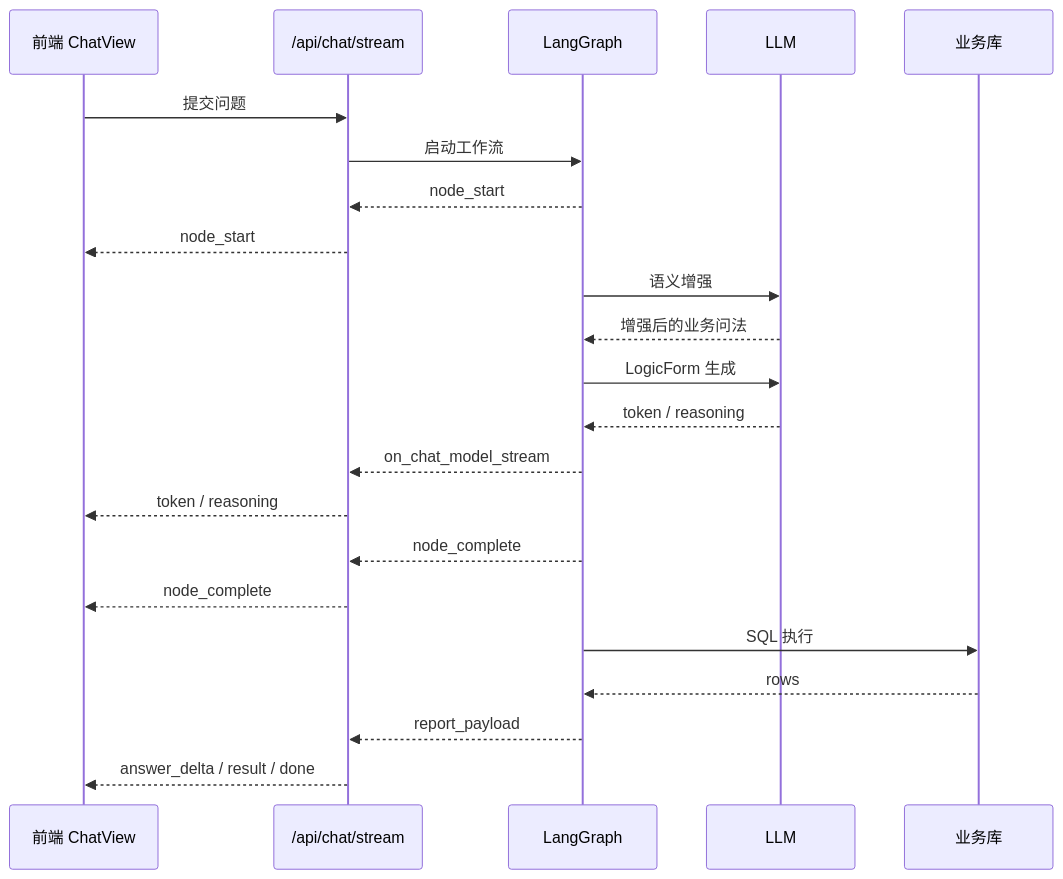
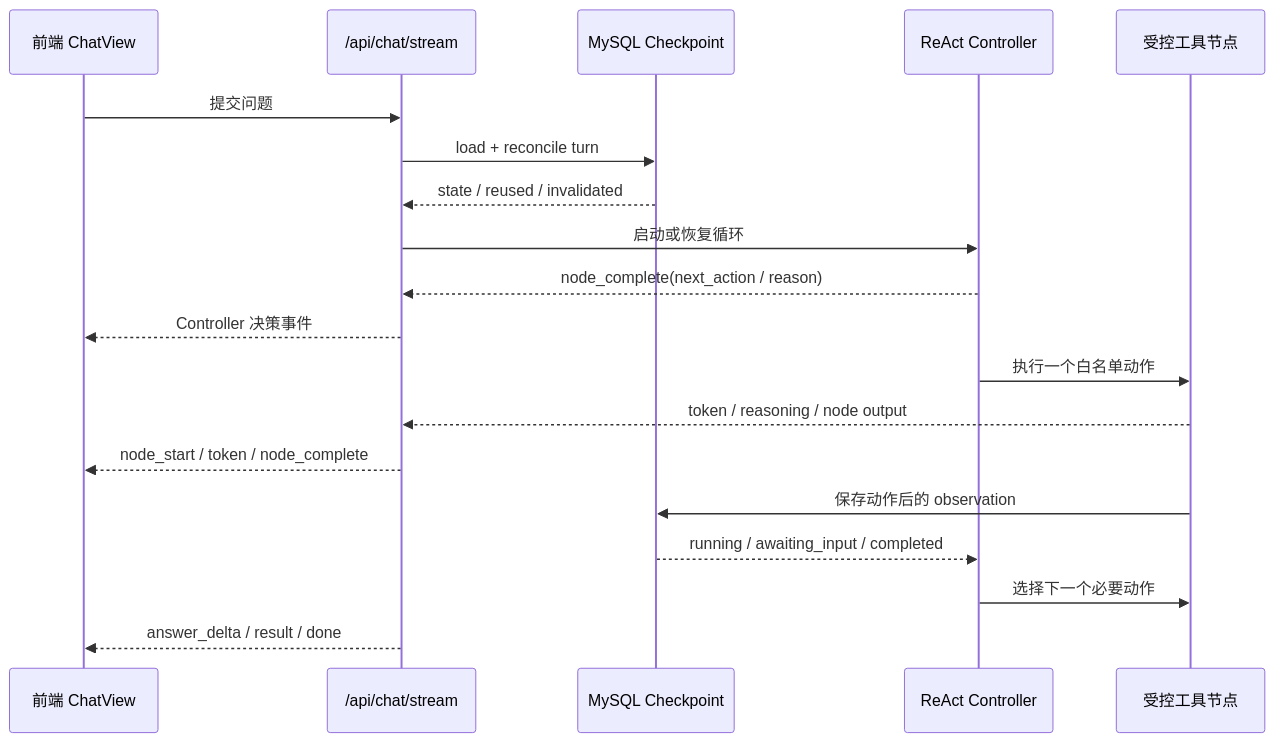
The seventh of 7 diagrams in docs/project-design.md (TtonyLiang/data-agent), drawn with Mermaid before and after one commit. The commit also changed other lines of this file and 79 other files, not shown here.

````diff
--- a/docs/project-design.md
+++ b/docs/project-design.md
@@ -285,25 +344,22 @@
 ```mermaid
 sequenceDiagram
   participant FE as 前端 ChatView
   participant API as /api/chat/stream
-  participant G as LangGraph
-  participant LLM as LLM
-  participant DB as 业务库
+  participant CP as MySQL Checkpoint
+  participant C as ReAct Controller
+  participant T as 受控工具节点
 
   FE->>API: 提交问题
-  API->>G: 启动工作流
-  G-->>API: node_start
-  API-->>FE: node_start
-  G->>LLM: 语义增强
-  LLM-->>G: 增强后的业务问法
-  G->>LLM: LogicForm 生成
-  LLM-->>G: token / reasoning
-  G-->>API: on_chat_model_stream
-  API-->>FE: token / reasoning
-  G-->>API: node_complete
-  API-->>FE: node_complete
-  G->>DB: SQL 执行
-  DB-->>G: rows
-  G-->>API: report_payload
+  API->>CP: load + reconcile turn
+  CP-->>API: state / reused / invalidated
+  API->>C: 启动或恢复循环
+  C-->>API: node_complete(next_action / reason)
+  API-->>FE: Controller 决策事件
+  C->>T: 执行一个白名单动作
+  T-->>API: token / reasoning / node output
+  API-->>FE: node_start / token / node_complete
+  T->>CP: 保存动作后的 observation
+  CP-->>C: running / awaiting_input / completed
+  C->>T: 选择下一个必要动作
   API-->>FE: answer_delta / result / done
 ```
````
